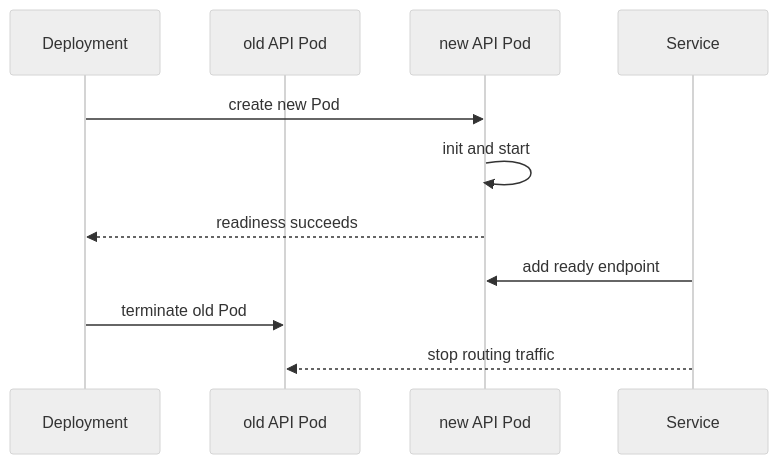
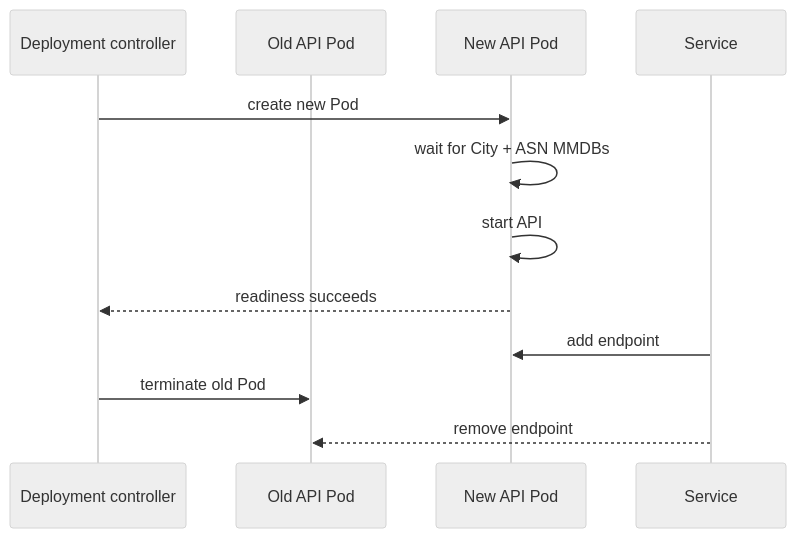
The eighth of 9 diagrams in docs/KUBERNETES.md (Jstarzz/geotagger), drawn with Mermaid (neutral theme) before and after one commit. The commit also changed other lines of this file, not shown here.

Commit message:
docs: update K3s guide for dual MMDB architecture

````diff
--- a/docs/KUBERNETES.md
+++ b/docs/KUBERNETES.md
@@ -319,13 +455,14 @@
 ```mermaid
 sequenceDiagram
-    participant D as Deployment
-    participant O as old API Pod
-    participant N as new API Pod
+    participant D as Deployment controller
+    participant O as Old API Pod
+    participant N as New API Pod
     participant S as Service
     D->>N: create new Pod
-    N->>N: init and start
+    N->>N: wait for City + ASN MMDBs
+    N->>N: start API
     N-->>D: readiness succeeds
-    S->>N: add ready endpoint
+    S->>N: add endpoint
     D->>O: terminate old Pod
-    S-->>O: stop routing traffic
+    S-->>O: remove endpoint
 ```
````
